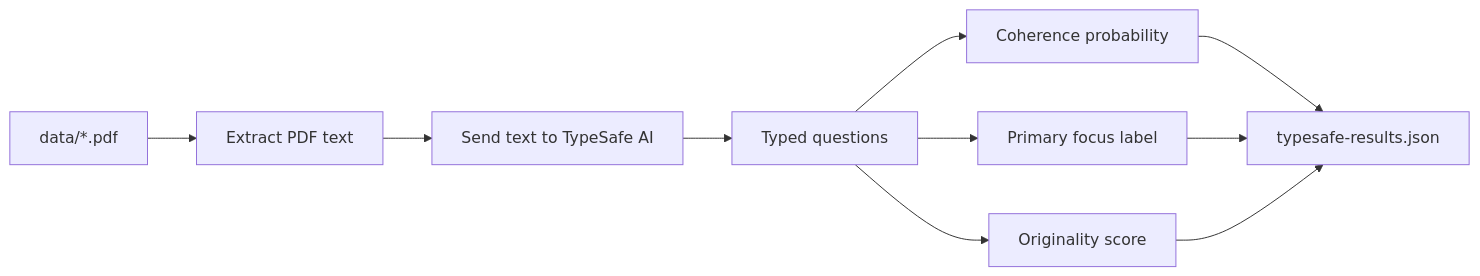
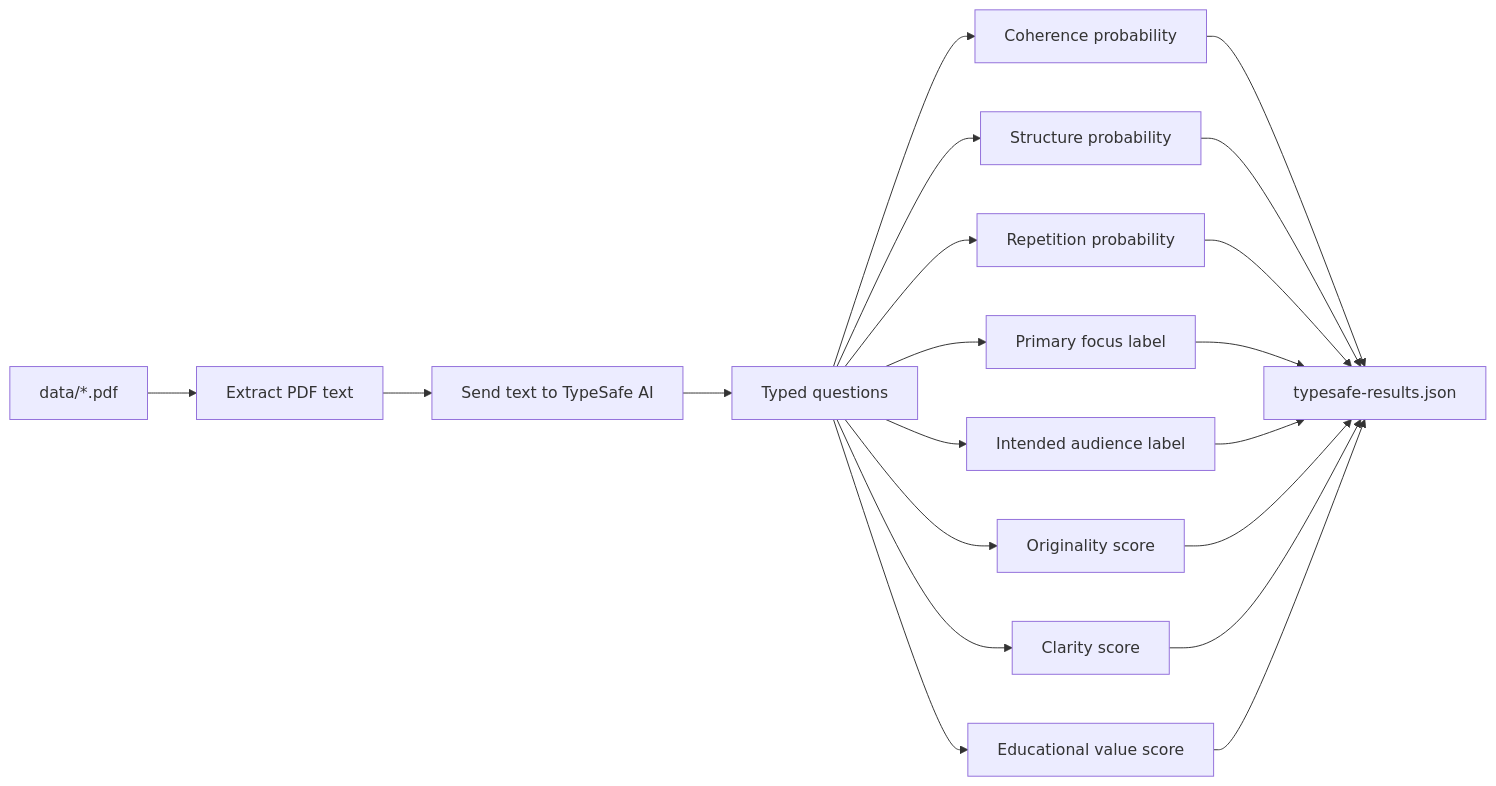
Before and after one commit to grappange/jev: the first of 2 diagrams in README.md, drawn with Mermaid. The commit also changed other lines of this file and 13 other files, not shown here.

````diff
--- a/README.md
+++ b/README.md
@@ -35,12 +40,22 @@
 ```mermaid
 flowchart LR
 	A[data/*.pdf] --> B[Extract PDF text]
 	B --> C[Send text to TypeSafe AI]
 	C --> D[Typed questions]
 	D --> E[Coherence probability]
-	D --> F[Primary focus label]
-	D --> G[Originality score]
-	E --> H[typesafe-results.json]
-	F --> H
-	G --> H
+	D --> F[Structure probability]
+	D --> G[Repetition probability]
+	D --> H[Primary focus label]
+	D --> I[Intended audience label]
+	D --> J[Originality score]
+	D --> K[Clarity score]
+	D --> L[Educational value score]
+	E --> O[typesafe-results.json]
+	F --> O
+	G --> O
+	H --> O
+	I --> O
+	J --> O
+	K --> O
+	L --> O
 ```
````
